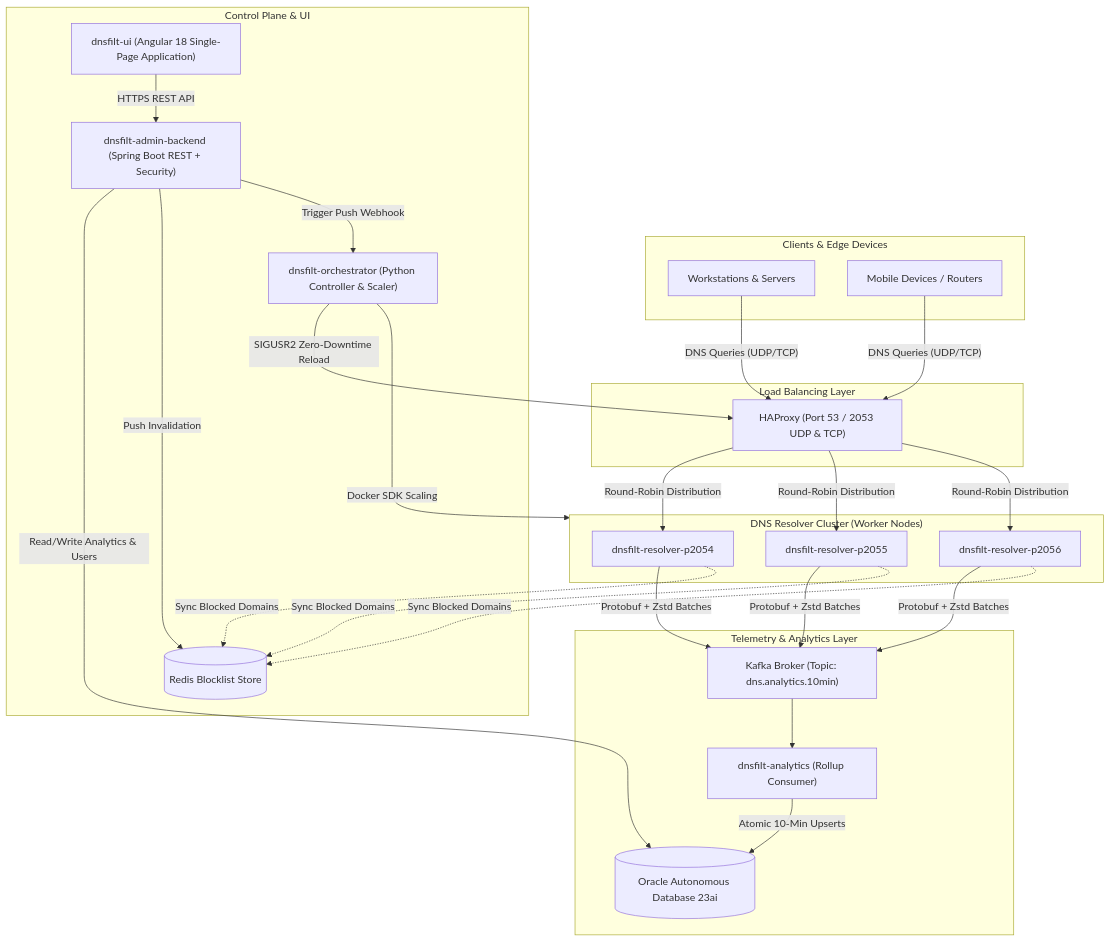
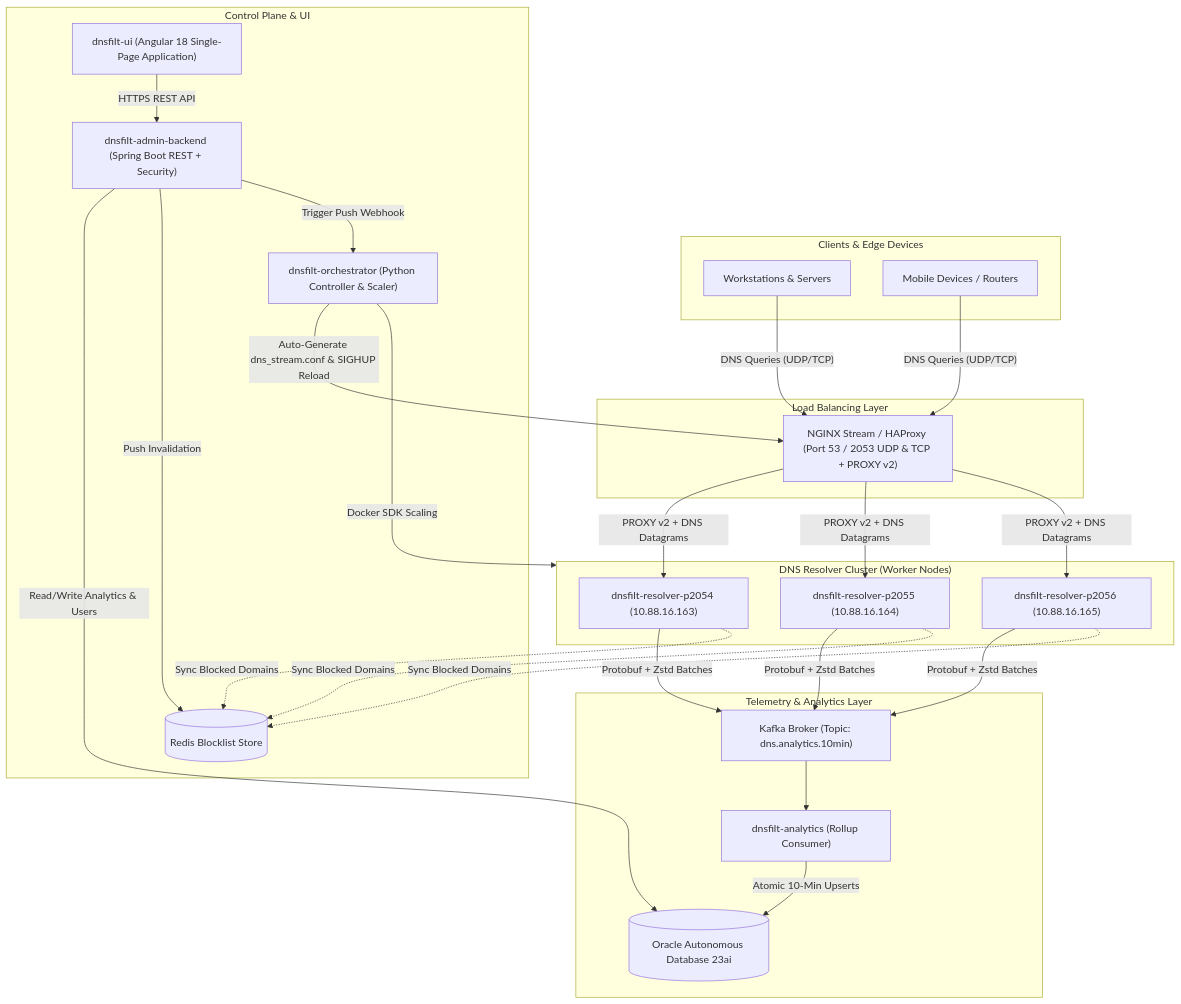
The diagram in README.md (ikaushikpal/dnsfilt), drawn with Mermaid before and after one commit. The commit also changed other lines of this file and 8 other files, not shown here.

First line of the commit message:
fix(resolver+orchestrator): fix PROXY v2 UDP reply routing, add protocol nibble check, and fix Nginx bind mount error

````diff
--- a/README.md
+++ b/README.md
@@ -62,45 +68,45 @@
 ```mermaid
 flowchart TD
     subgraph Clients["Clients & Edge Devices"]
         C1["Workstations & Servers"]
         C2["Mobile Devices / Routers"]
     end
 
     subgraph LoadBalancer["Load Balancing Layer"]
-        HAP["HAProxy (Port 53 / 2053 UDP & TCP)"]
+        GW["NGINX Stream / HAProxy (Port 53 / 2053 UDP & TCP + PROXY v2)"]
     end
 
     subgraph ResolverCluster["DNS Resolver Cluster (Worker Nodes)"]
-        R1["dnsfilt-resolver-p2054"]
-        R2["dnsfilt-resolver-p2055"]
-        R3["dnsfilt-resolver-p2056"]
+        R1["dnsfilt-resolver-p2054 (10.88.16.163)"]
+        R2["dnsfilt-resolver-p2055 (10.88.16.164)"]
+        R3["dnsfilt-resolver-p2056 (10.88.16.165)"]
     end
 
     subgraph EventStreaming["Telemetry & Analytics Layer"]
         KAFKA["Kafka Broker (Topic: dns.analytics.10min)"]
         ANALYTICS["dnsfilt-analytics (Rollup Consumer)"]
         ORACLE[("Oracle Autonomous Database 23ai")]
     end
 
     subgraph Management["Control Plane & UI"]
         BACKEND["dnsfilt-admin-backend (Spring Boot REST + Security)"]
         UI["dnsfilt-ui (Angular 18 Single-Page Application)"]
         ORCH["dnsfilt-orchestrator (Python Controller & Scaler)"]
         REDIS[("Redis Blocklist Store")]
     end
 
-    C1 & C2 -->|"DNS Queries (UDP/TCP)"| HAP
-    HAP -->|"Round-Robin Distribution"| R1 & R2 & R3
+    C1 & C2 -->|"DNS Queries (UDP/TCP)"| GW
+    GW -->|"PROXY v2 + DNS Datagrams"| R1 & R2 & R3
     R1 & R2 & R3 -->|"Protobuf + Zstd Batches"| KAFKA
     KAFKA --> ANALYTICS
     ANALYTICS -->|"Atomic 10-Min Upserts"| ORACLE
     
     UI -->|"HTTPS REST API"| BACKEND
     BACKEND -->|"Read/Write Analytics & Users"| ORACLE
     BACKEND -->|"Push Invalidation"| REDIS
     R1 & R2 & R3 -.->|"Sync Blocked Domains"| REDIS
 
     BACKEND -->|"Trigger Push Webhook"| ORCH
     ORCH -->|"Docker SDK Scaling"| ResolverCluster
-    ORCH -->|"SIGUSR2 Zero-Downtime Reload"| HAP
+    ORCH -->|"Auto-Generate dns_stream.conf & SIGHUP Reload"| GW
 ```
````
